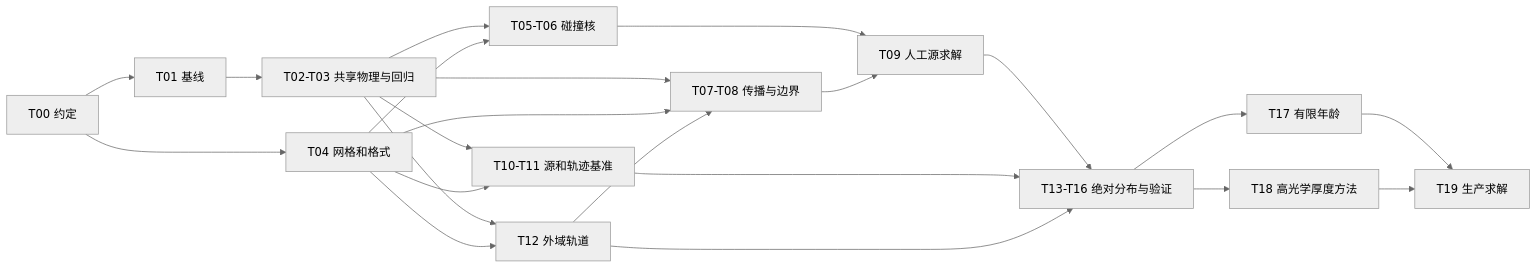
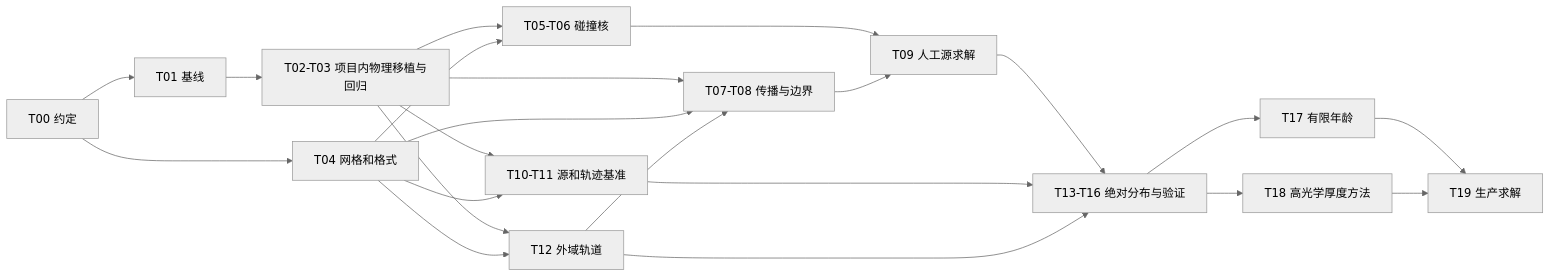
One commit to Funyday-k/DM-Transport changed the diagram in Note/Task_Plan.md. Above: the diagram before and after it, drawn with Mermaid (neutral theme). The commit also changed other lines of this file and 3 other files, not shown here.

````diff
--- a/Note/Task_Plan.md
+++ b/Note/Task_Plan.md
@@ -195,24 +197,24 @@
 ```mermaid
 flowchart LR
   A[T00 约定] --> B[T01 基线]
-  B --> C[T02-T03 共享物理与回归]
+  B --> C[T02-T03 项目内物理移植与回归]
   A --> D[T04 网格和格式]
   C --> E[T05-T06 碰撞核]
   D --> E
   C --> F[T07-T08 传播与边界]
   D --> F
   C --> G[T10-T11 源和轨迹基准]
   D --> G
   C --> H[T12 外域轨道]
   D --> H
   H --> F
   E --> I[T09 人工源求解]
   F --> I
   I --> J[T13-T16 绝对分布与验证]
   G --> J
   H --> J
   J --> K[T17 有限年龄]
   J --> L[T18 高光学厚度方法]
   K --> M[T19 生产求解]
   L --> M
 ```
````
